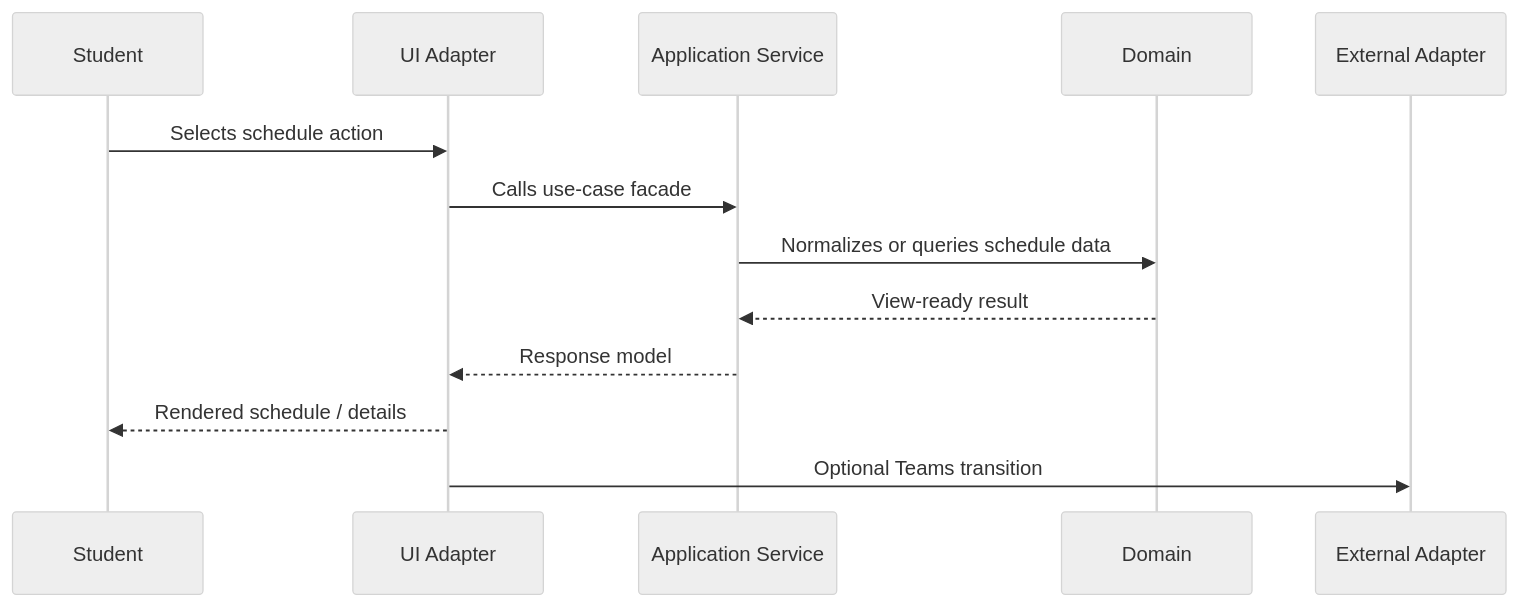
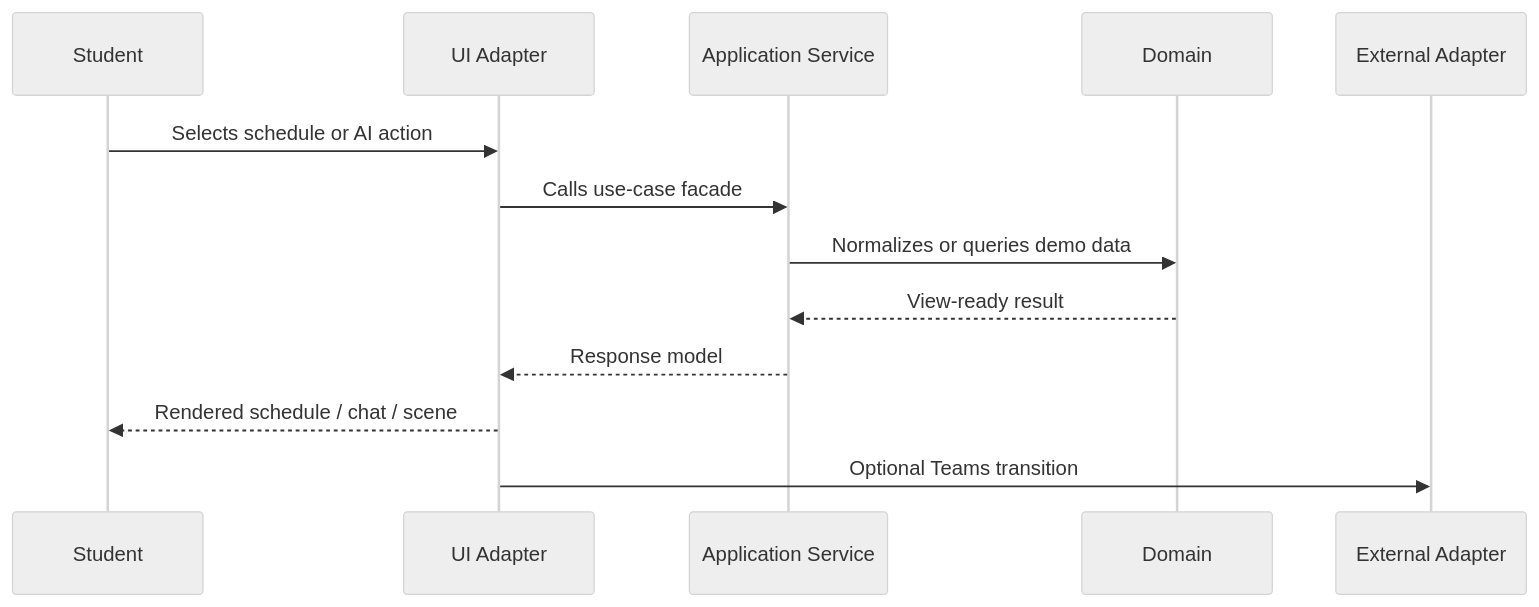
The second of 2 diagrams in docs/ARCHITECTURE.md (yug-infra/asystent-studenta-ai-demo), drawn with Mermaid (neutral theme) before and after one commit. The commit also changed other lines of this file, not shown here.

Commit message:
Document assistant prototype flow

````diff
--- a/docs/ARCHITECTURE.md
+++ b/docs/ARCHITECTURE.md
@@ -130,16 +151,16 @@
 ```mermaid
 sequenceDiagram
     participant Student
     participant UI as UI Adapter
     participant App as Application Service
     participant Domain
     participant Adapter as External Adapter
 
-    Student->>UI: Selects schedule action
+    Student->>UI: Selects schedule or AI action
     UI->>App: Calls use-case facade
-    App->>Domain: Normalizes or queries schedule data
+    App->>Domain: Normalizes or queries demo data
     Domain-->>App: View-ready result
     App-->>UI: Response model
-    UI-->>Student: Rendered schedule / details
+    UI-->>Student: Rendered schedule / chat / scene
     UI->>Adapter: Optional Teams transition
 ```
````
